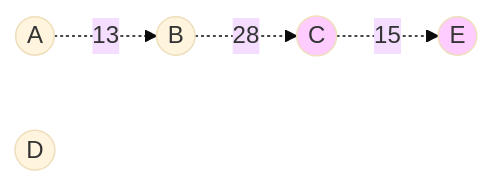
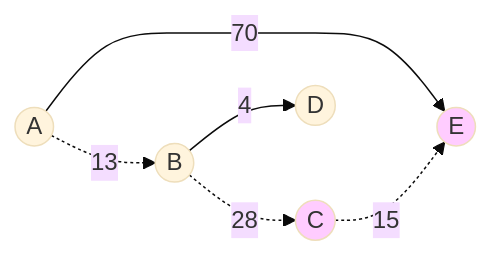
One commit to dmjcb/dmjcb.github.io changed the fourth of 4 diagrams in _posts/DataStructures/Graph/2022-02-13-SPFA最短路.md. Above: the diagram before and after it, drawn with Mermaid (base theme). The commit also changed other lines of this file and 122 other files, not shown here.

Commit message:
修复图形显示BUG

````diff
--- a/_posts/DataStructures/Graph/2022-02-13-SPFA最短路.md
+++ b/_posts/DataStructures/Graph/2022-02-13-SPFA最短路.md
@@ -105,16 +115,18 @@
 ```mermaid
 graph LR
     A((A))
     B((B))
     C((C))
     D((D))
     E((E))
 
     A -.13-.-> B
+    A --70--> E
     B -.28-.-> C
+    B --4--> D
     C -.15-.-> E
 
     C:::Style
     E:::Style
     classDef Style fill:#FFCCFF
 ```
````
